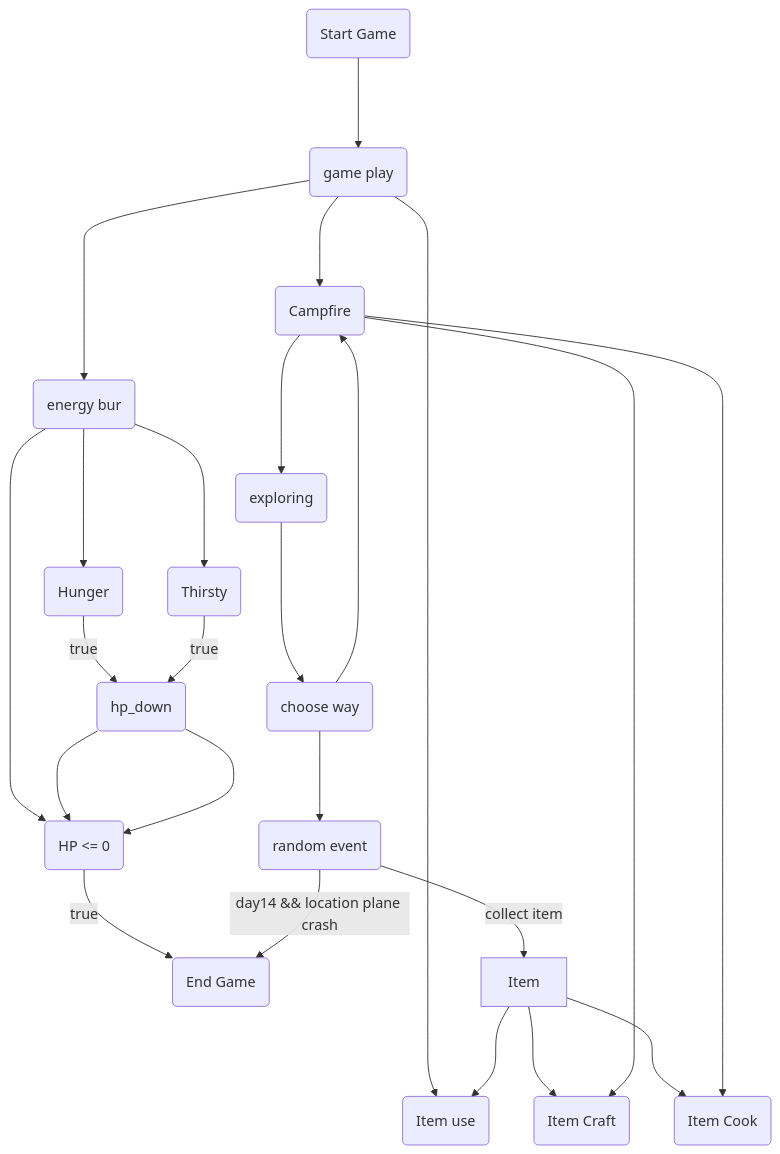
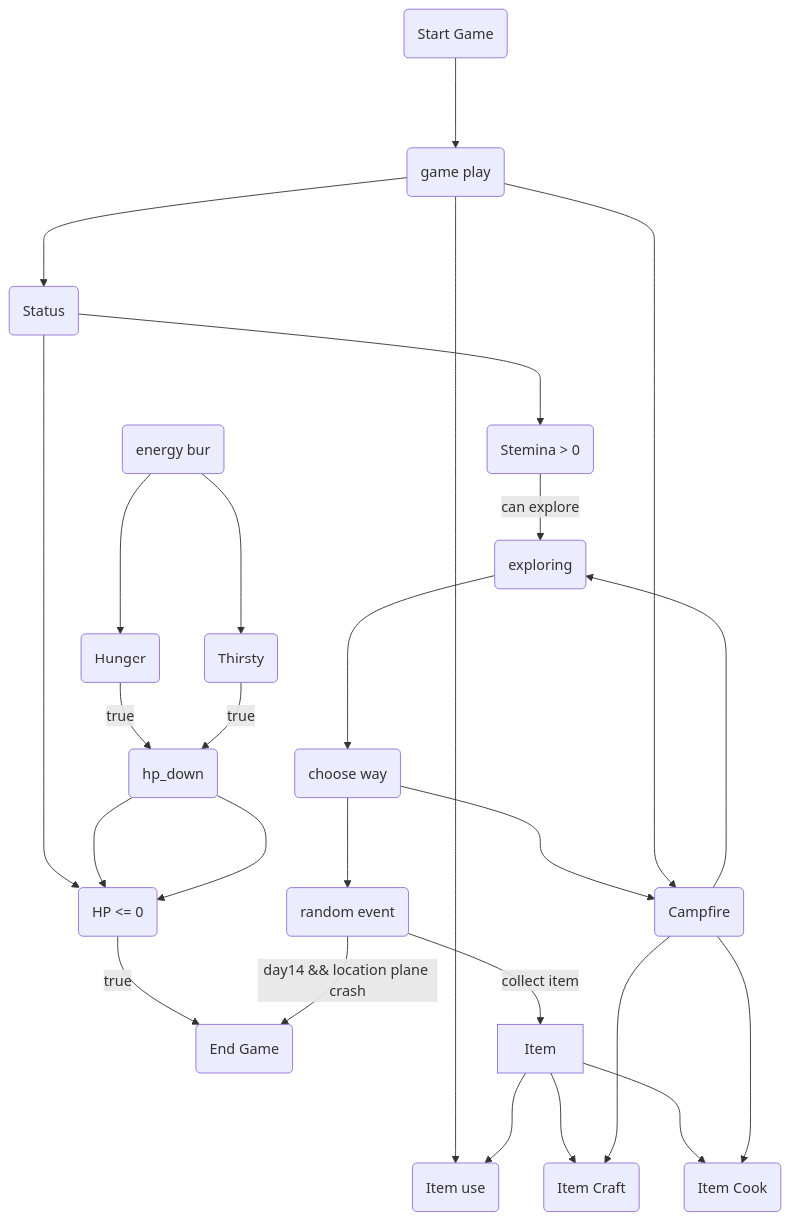
The diagram in need me.md (SSProgamer/C-Project), drawn with Mermaid before and after one commit.

Commit message:
Update need me.md

````diff
--- a/need me.md
+++ b/need me.md
@@ -35,20 +35,21 @@
 ```mermaid
 flowchart TD
 start(Start Game) ---> ingame(game play)
-ingame ---> stack(energy bur) --->hp
+ingame ---> status(Status) --->hp
+status ---> Stemina(Stemina > 0) --can explore--> explore
 stack(energy bur) --->Hunger(Hunger) --true--> hp_down(hp_down) ---> hp
 stack(energy bur) --->Thirsty(Thirsty) --true--> hp_down(hp_down) ---> hp
 hp(HP <= 0) --true--> e(End Game)
 
 campfire ---> explore(exploring) ---> way(choose way) ---> event(random event)
 way ---> campfire
 event --day14 && location plane crash--> e(End Game)
 event(random event) --collect item--> Item
 ingame ---> Itemuse(Item use)
 Item ---> Itemuse
 Item ---> Itemcraft(Item Craft)
 Item ---> Itemcook(Item Cook)
 ingame ---> campfire(Campfire)
 campfire(Campfire) ---> Itemcraft(Item Craft)
 campfire(Campfire) ---> Itemcook(Item Cook)
 ```
````
